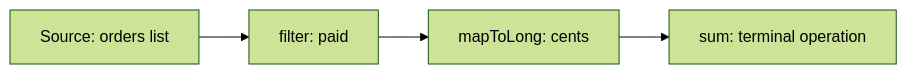
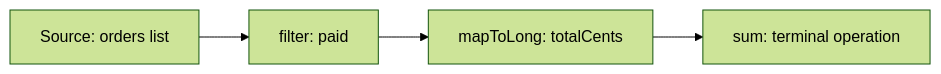
Before and after one commit to jubin-techwiz/learning: the diagram in notes/13-java/02-streams/01-streams-overview.md, drawn with Mermaid (forest theme). The commit also changed other lines of this file and 40 other files, not shown here.

````diff
--- a/notes/13-java/02-streams/01-streams-overview.md
+++ b/notes/13-java/02-streams/01-streams-overview.md
@@ -68,6 +137,6 @@
 ```mermaid
 flowchart LR
     S[Source: orders list] --> F[filter: paid]
-    F --> M[mapToLong: cents]
+    F --> M[mapToLong: totalCents]
     M --> T[sum: terminal operation]
 ```
````
